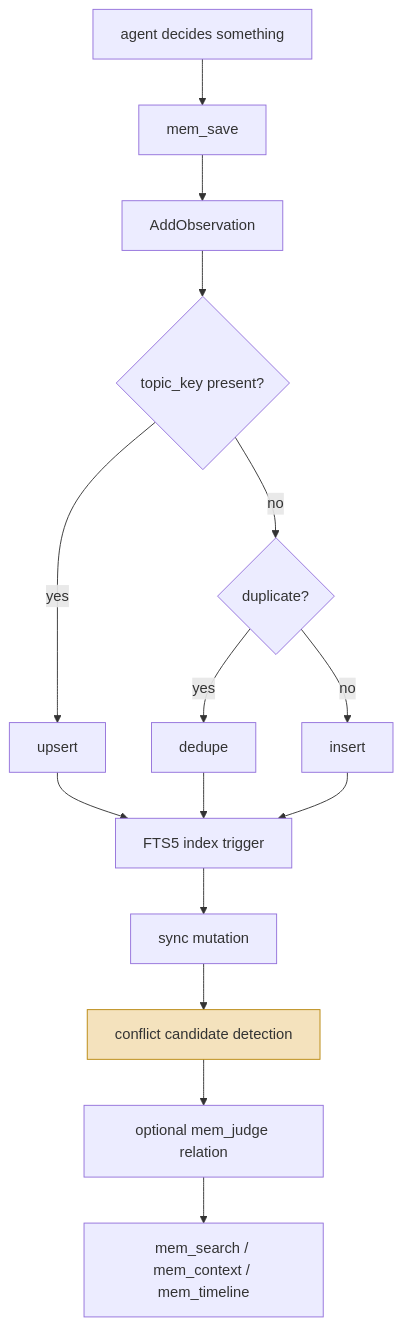
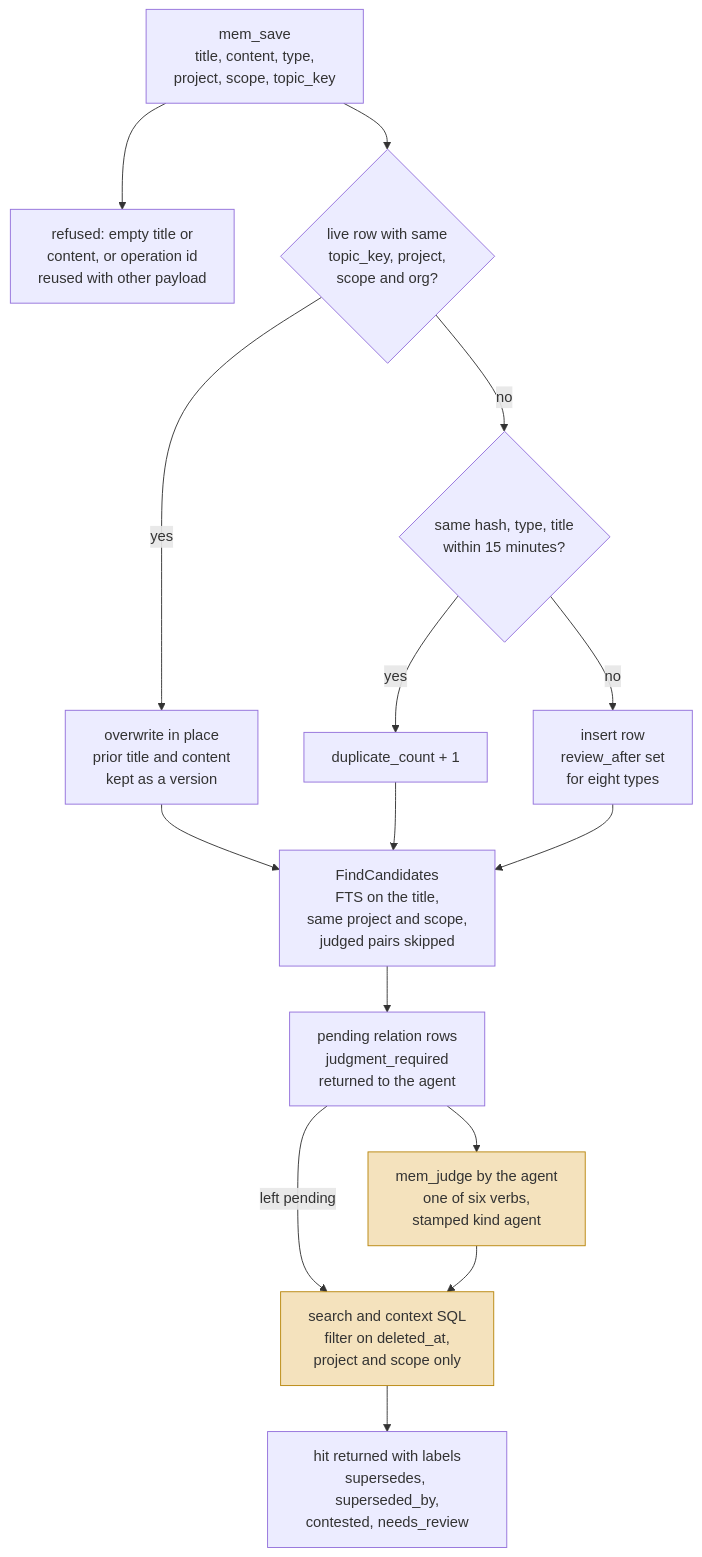
The diagram in content/systems/engram.md (neoneye/agent-memory-atlas), drawn with Mermaid before and after one commit. The commit also changed other lines of this file and 31 other files, not shown here.

Commit message:
Engram at 140bbed: 521 commits on; audit_log and negative_eval were present at the old pin and missed; a conflict verdict hides nothing and the agent is the only judge

````diff
--- a/content/systems/engram.md
+++ b/content/systems/engram.md
@@ -62,20 +97,33 @@
 ```mermaid
-%% caption: a topic key upserts and its absence falls through to dedupe, and conflict candidates are detected after the write with judging left optional
-flowchart TB
-    A["agent decides something"] --> B["mem_save"]
-    B --> C["AddObservation"]
-    C --> D{"topic_key present?"}
-    D -->|yes| U["upsert"]
-    D -->|no| DD{"duplicate?"}
-    DD -->|yes| DEDUPE["dedupe"]
-    DD -->|no| INS["insert"]
-    U --> FTS["FTS5 index trigger"]
-    DEDUPE --> FTS
-    INS --> FTS
-    FTS --> SY["sync mutation"]
-    SY --> CC["conflict candidate detection"]
-    CC --> J["optional mem_judge relation"]
-    J --> R["mem_search / mem_context / mem_timeline"]
+%% caption: a save commits first and is checked for conflicts afterwards, and a verdict annotates recall while only deletion removes a row from it
+flowchart TD
+    S["mem_save<br/>title, content, type,<br/>project, scope, topic_key"]
+    R["refused: empty title or<br/>content, or operation id<br/>reused with other payload"]
+    T{"live row with same<br/>topic_key, project,<br/>scope and org?"}
+    U["overwrite in place<br/>prior title and content<br/>kept as a version"]
+    D{"same hash, type, title<br/>within 15 minutes?"}
+    C["duplicate_count + 1"]
+    I["insert row<br/>review_after set<br/>for eight types"]
+    F["FindCandidates<br/>FTS on the title,<br/>same project and scope,<br/>judged pairs skipped"]
+    P["pending relation rows<br/>judgment_required<br/>returned to the agent"]
+    J["mem_judge by the agent<br/>one of six verbs,<br/>stamped kind agent"]
+    Q["search and context SQL<br/>filter on deleted_at,<br/>project and scope only"]
+    A["hit returned with labels<br/>supersedes, superseded_by,<br/>contested, needs_review"]
+    S --> R
+    S --> T
+    T -->|yes| U
+    T -->|no| D
+    D -->|yes| C
+    D -->|no| I
+    U --> F
+    C --> F
+    I --> F
+    F --> P
+    P --> J
+    P -->|left pending| Q
+    J --> Q
+    Q --> A
 
-    style CC fill:#f4e2bd,stroke:#b8860b
+    style J fill:#f4e2bd,stroke:#b8860b
+    style Q fill:#f4e2bd,stroke:#b8860b
 ```
````
